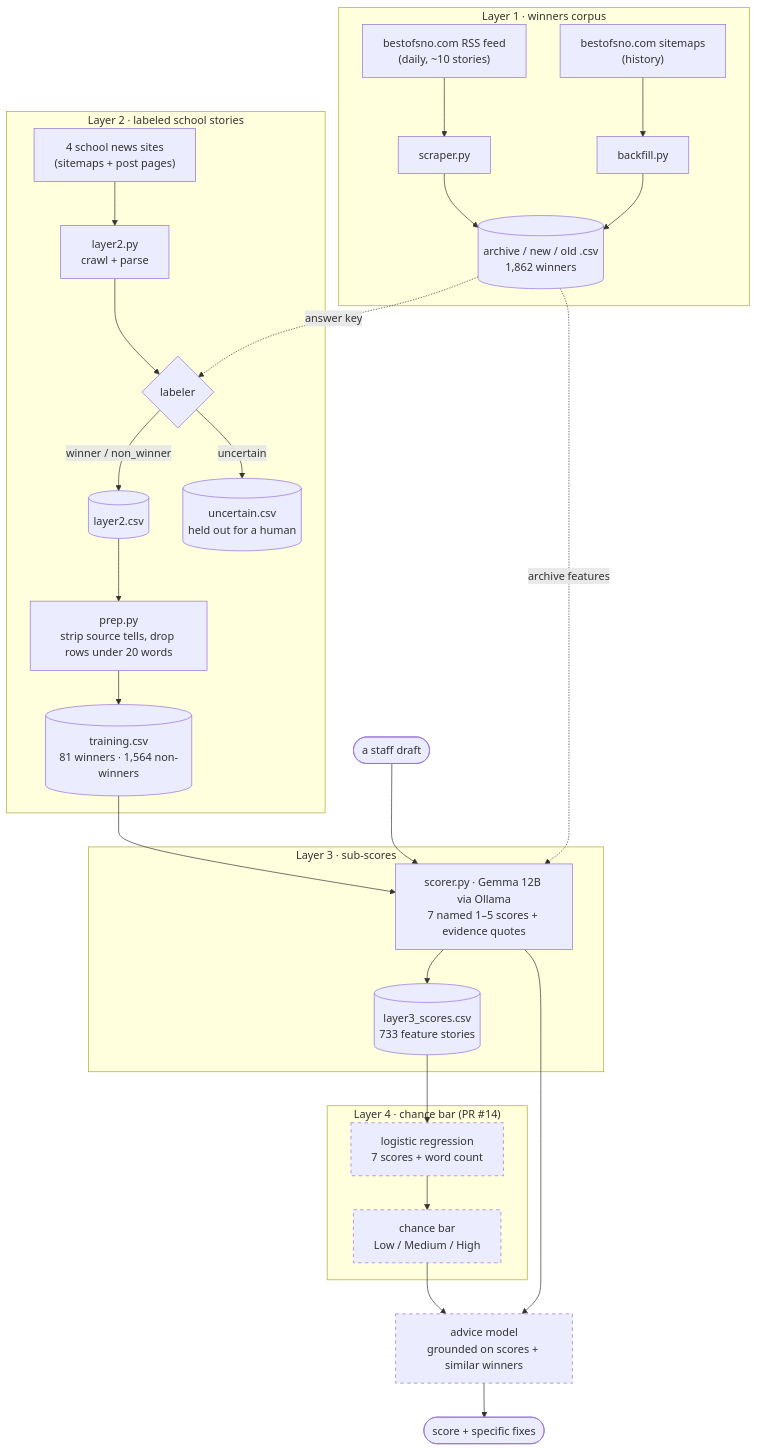
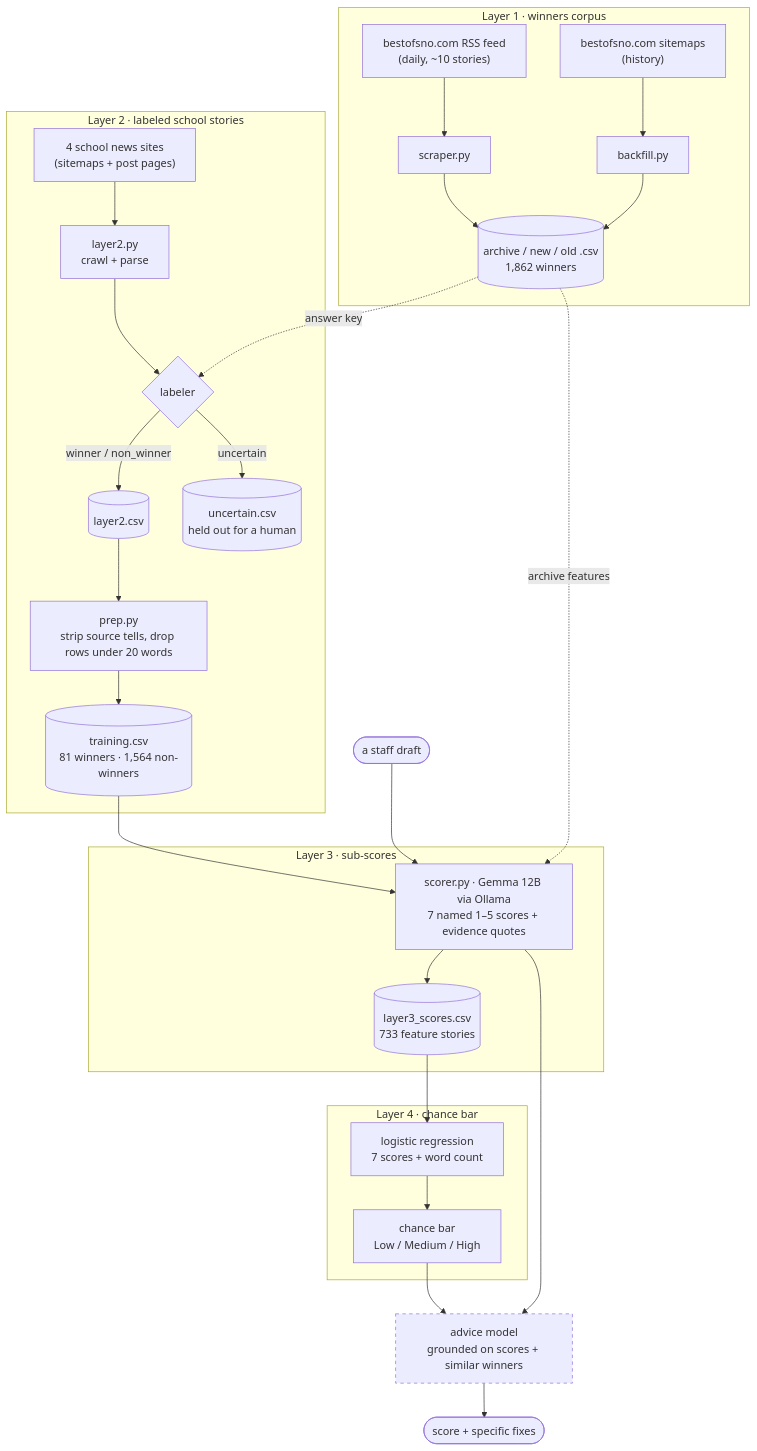
The first of 6 diagrams in README.md (jasqnlu/Best-of-sno-llm-advisor), drawn with Mermaid before and after one commit. The commit also changed other lines of this file and 2 other files, not shown here.

First line of the commit message:
feat: layer3 consistency check; README shows Layer 4 as merged

````diff
--- a/README.md
+++ b/README.md
@@ -50,38 +50,38 @@
 ```mermaid
 flowchart TD
     subgraph L1["Layer 1 · winners corpus"]
         feed["bestofsno.com RSS feed<br/>(daily, ~10 stories)"] --> scraper["scraper.py"]
         sitemap["bestofsno.com sitemaps<br/>(history)"] --> backfill["backfill.py"]
         scraper --> corpus[("archive / new / old .csv<br/>1,862 winners")]
         backfill --> corpus
     end
 
     subgraph L2["Layer 2 · labeled school stories"]
         schools["4 school news sites<br/>(sitemaps + post pages)"] --> crawl["layer2.py<br/>crawl + parse"]
         corpus -. answer key .-> label{"labeler"}
         crawl --> label
         label -->|winner / non_winner| l2[("layer2.csv")]
         label -->|uncertain| unc[("uncertain.csv<br/>held out for a human")]
         l2 --> prep["prep.py<br/>strip source tells, drop rows under 20 words"]
         prep --> train[("training.csv<br/>81 winners · 1,564 non-winners")]
     end
 
     subgraph L3["Layer 3 · sub-scores"]
         train --> rubric["scorer.py · Gemma 12B via Ollama<br/>7 named 1–5 scores + evidence quotes"]
         corpus -. archive features .-> rubric
         rubric --> scores[("layer3_scores.csv<br/>733 feature stories")]
     end
 
-    subgraph L4["Layer 4 · chance bar (PR #14)"]
+    subgraph L4["Layer 4 · chance bar"]
         scores --> lr["logistic regression<br/>7 scores + word count"]
         lr --> bar["chance bar<br/>Low / Medium / High"]
     end
 
     draft(["a staff draft"]) --> rubric
     bar --> advice["advice model<br/>grounded on scores + similar winners"]
     rubric --> advice
     advice --> out(["score + specific fixes"])
 
     classDef todo stroke-dasharray: 5 5
-    class lr,bar,advice todo
+    class advice todo
 ```
````
